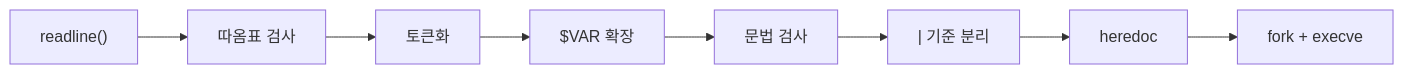
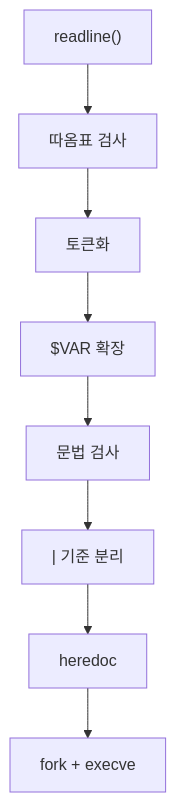
One commit to PfClaKr/pfclakr.github.io changed the diagram in content/posts/42/2023-02-24-minishell/ko.md. Above: the diagram before and after it, drawn with Mermaid. The commit also changed 16 other files, not shown here.

Commit message:
fix: keep mermaid diagrams readable on small screens

````diff
--- a/content/posts/42/2023-02-24-minishell/ko.md
+++ b/content/posts/42/2023-02-24-minishell/ko.md
@@ -25,10 +25,10 @@
 ```mermaid
-flowchart LR
+flowchart TD
     A["readline()"] --> B["따옴표 검사"]
     B --> C["토큰화"]
     C --> D["$VAR 확장"]
     D --> E["문법 검사"]
     E --> F["| 기준 분리"]
     F --> G["heredoc"]
     G --> H["fork + execve"]
 ```
````
